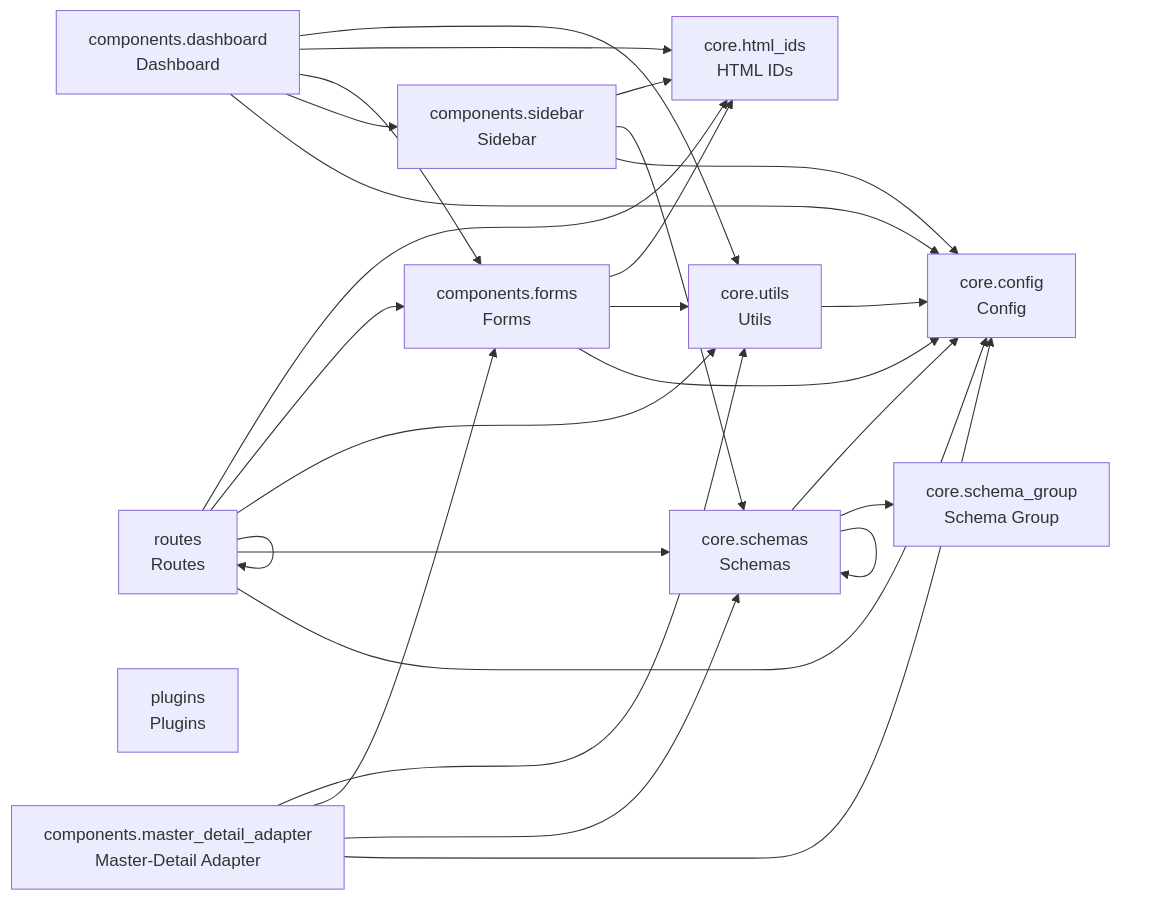
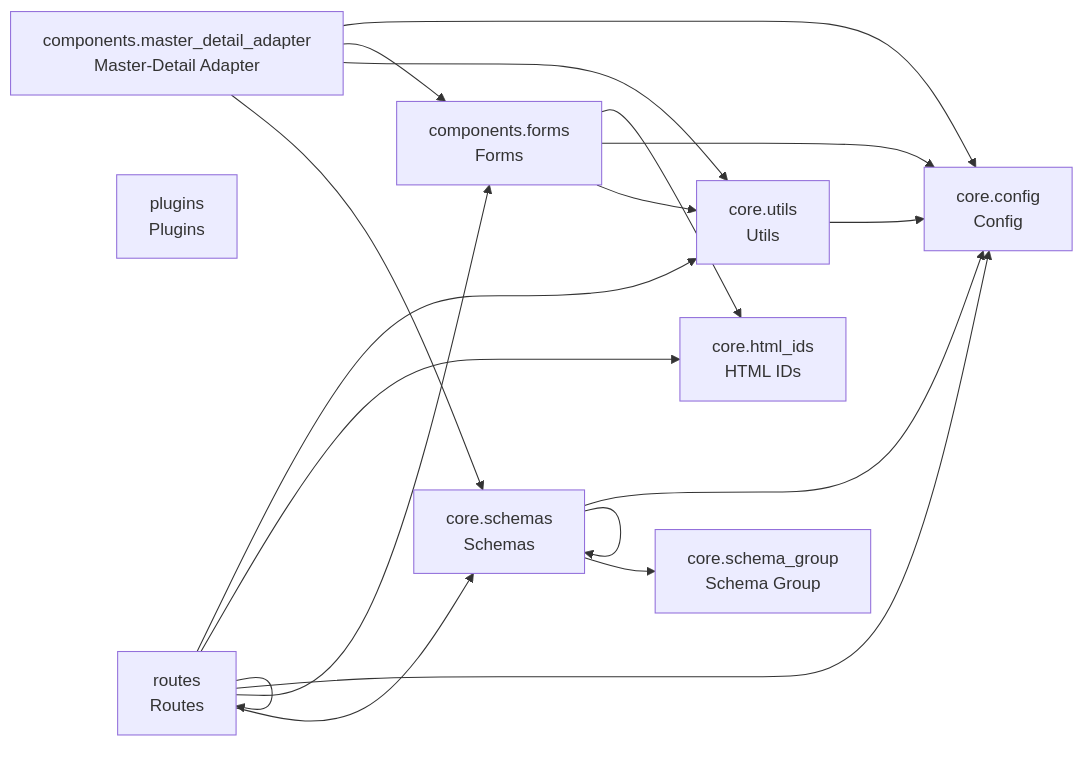
The diagram in README.md (cj-mills/cjm-fasthtml-settings), drawn with Mermaid before and after one commit. The commit also changed other lines of this file and 7 other files, not shown here.

````diff
--- a/README.md
+++ b/README.md
@@ -33,40 +31,30 @@
 ``` mermaid
 graph LR
-    components_dashboard[components.dashboard<br/>Dashboard]
     components_forms[components.forms<br/>Forms]
     components_master_detail_adapter[components.master_detail_adapter<br/>Master-Detail Adapter]
-    components_sidebar[components.sidebar<br/>Sidebar]
     core_config[core.config<br/>Config]
     core_html_ids[core.html_ids<br/>HTML IDs]
     core_schema_group[core.schema_group<br/>Schema Group]
     core_schemas[core.schemas<br/>Schemas]
     core_utils[core.utils<br/>Utils]
     plugins[plugins<br/>Plugins]
     routes[routes<br/>Routes]
 
-    components_dashboard --> core_utils
-    components_dashboard --> core_html_ids
-    components_dashboard --> components_forms
-    components_dashboard --> components_sidebar
-    components_dashboard --> core_config
     components_forms --> core_html_ids
+    components_forms --> core_config
     components_forms --> core_utils
-    components_forms --> core_config
+    components_master_detail_adapter --> core_config
+    components_master_detail_adapter --> components_forms
     components_master_detail_adapter --> core_utils
-    components_master_detail_adapter --> components_forms
     components_master_detail_adapter --> core_schemas
-    components_master_detail_adapter --> core_config
-    components_sidebar --> core_html_ids
-    components_sidebar --> core_schemas
-    components_sidebar --> core_config
+    core_schemas --> core_schemas
     core_schemas --> core_config
     core_schemas --> core_schema_group
-    core_schemas --> core_schemas
     core_utils --> core_config
+    routes --> core_utils
     routes --> core_html_ids
+    routes --> core_config
     routes --> components_forms
-    routes --> core_utils
+    routes --> routes
     routes --> core_schemas
-    routes --> core_config
-    routes --> routes
 ```
````
